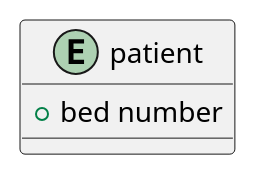
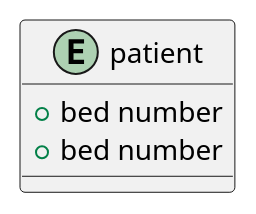
One commit to Oskar123456/SYSDAT-F25-TEAM-G changed the diagram in puml/EER.puml. Above: the diagram before and after it, drawn with PlantUML. The commit also changed 1 other file, not shown here.

```diff
--- a/puml/EER.puml
+++ b/puml/EER.puml
@@ -15,13 +15,14 @@
 @startuml
 
 entity patient {
+    +bed number
     +bed number
 }
 
 /' 
 
     NOTES 
     
 '/
 
 @enduml
```
